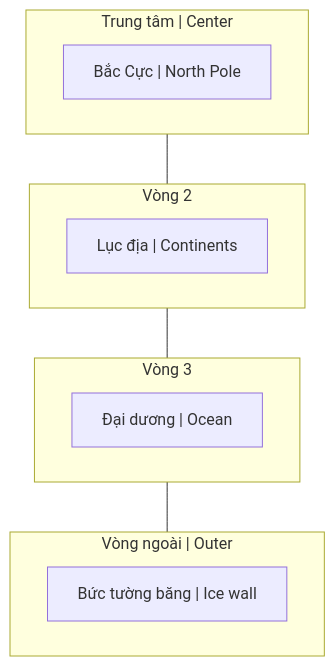
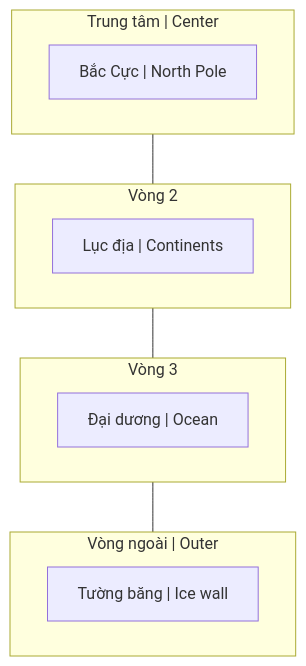
Before and after one commit to dyukahi/knowledge: the diagram in politics-conspiracy/Thuyết Trái Đất Phẳng.md, drawn with Mermaid. The commit also changed other lines of this file and 1 other file, not shown here.

````diff
--- a/politics-conspiracy/Thuyết Trái Đất Phẳng.md
+++ b/politics-conspiracy/Thuyết Trái Đất Phẳng.md
@@ -21,20 +29,20 @@
 ```mermaid
 flowchart TB
     subgraph L4["Vòng ngoài | Outer"]
-        Ice["Bức tường băng | Ice wall"]
+        Ice["Tường băng | Ice wall"]
     end
     
     subgraph L3["Vòng 3"]
         Ocean["Đại dương | Ocean"]
     end
     
     subgraph L2["Vòng 2"]
         Land["Lục địa | Continents"]
     end
     
     subgraph L1["Trung tâm | Center"]
         Pole["Bắc Cực | North Pole"]
     end
     
     L1 --- L2 --- L3 --- L4
 ```
````
